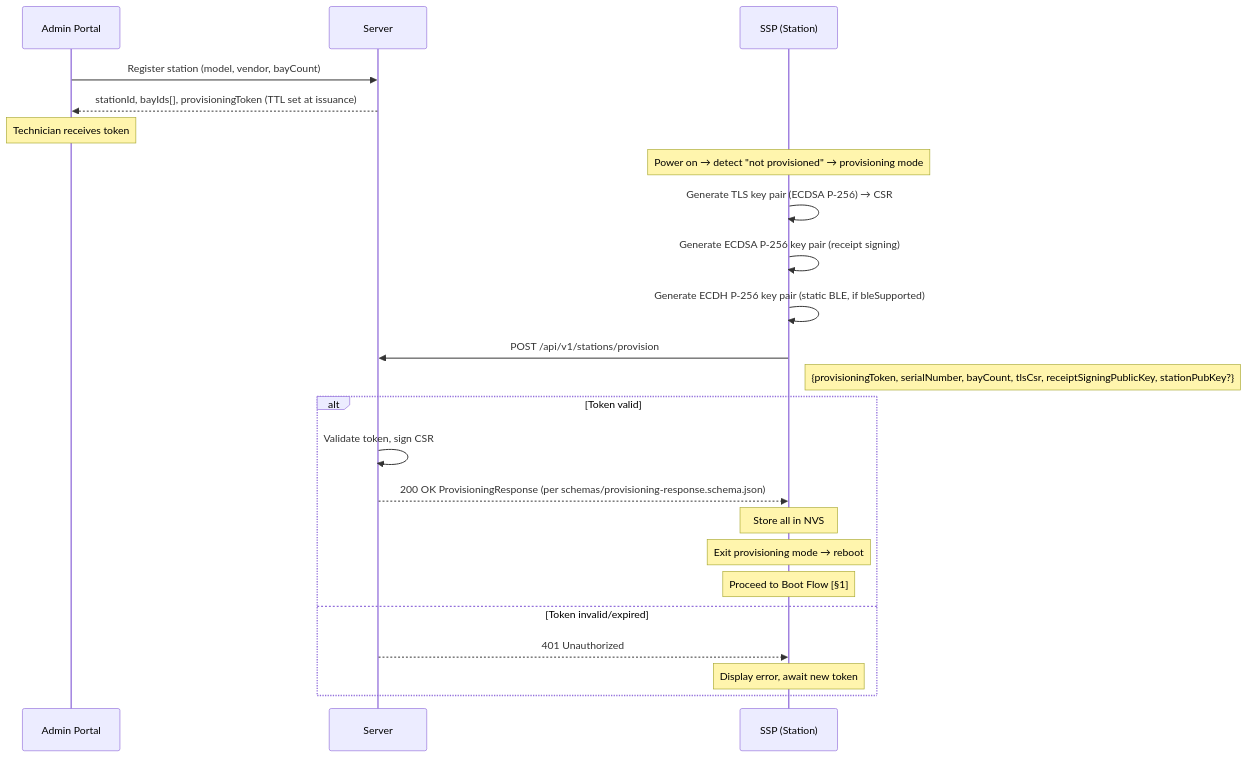
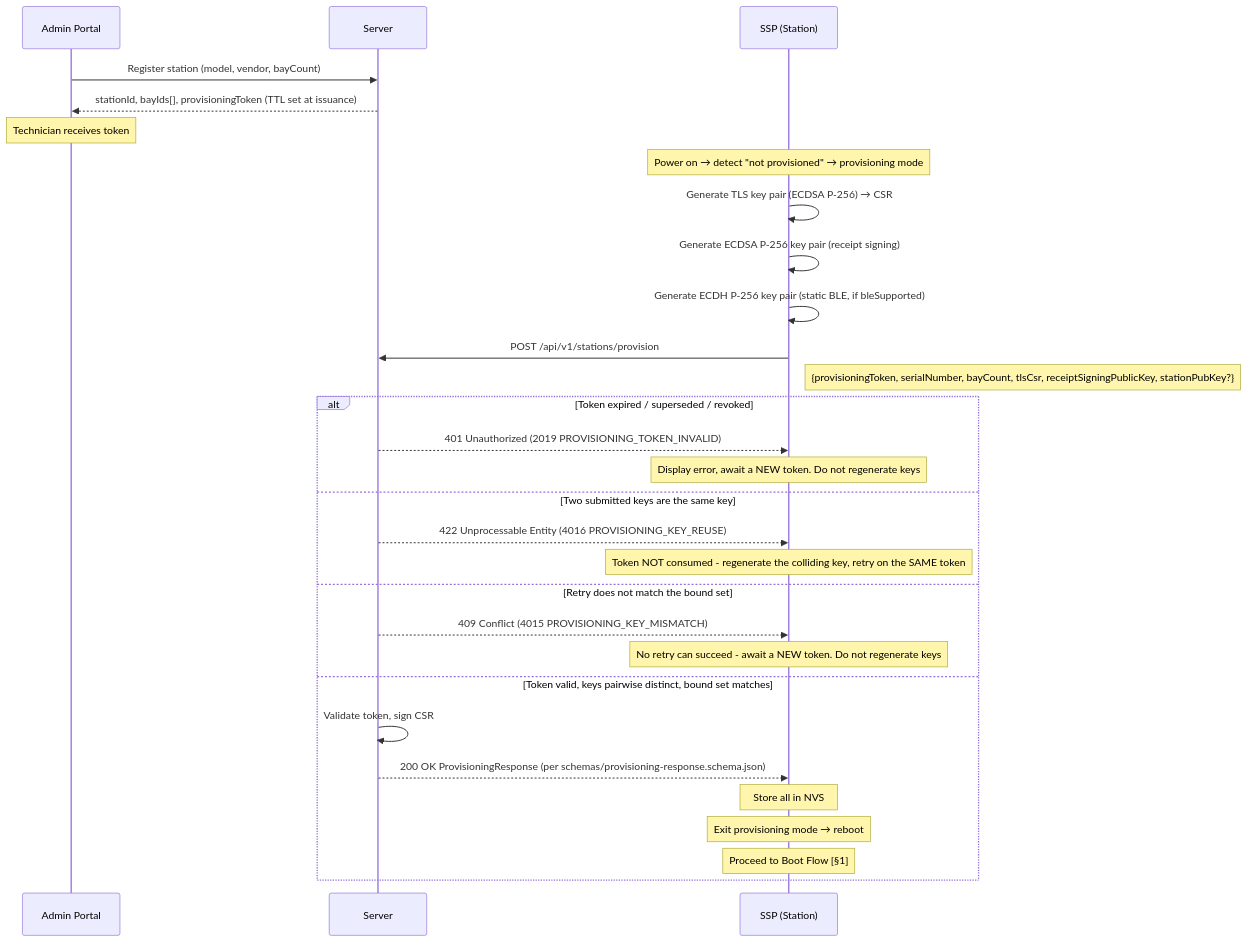
Before and after one commit to ospp-org/spec: the second of 19 diagrams in spec/04-flows.md, drawn with Mermaid. The commit also changed other lines of this file, not shown here.

Commit message:
spec(A11b): 4016 was absent from Flows §2 entirely
grep -c 4016 spec/04-flows.md returned 0. The Error Paths table had no 422
row, and the sequence diagram offered exactly two outcomes — "Token valid"
and "Token invalid/expired" — so the chapter that owns the provisioning
flow never showed two of its four documented failure modes. 07-errors.md:449
lists the endpoint as 400/401/409/422 with 2019/4010/4015/4016.

Added the 422 / 4016 row, including the part a station most needs: the
token is NOT consumed, so it retries on the same token.

Both the table's coded rows and the diagram's branches now run in
precedence order (2019 -> 4016 -> 4015) to match ec6ac9b, which is why the
400 row moved below 409 — it is uncoded and not part of that ordering.

The diagram gains three failure branches and names the codes; the success
branch is now conditioned on all three checks passing rather than on the
token alone.

````diff
--- a/spec/04-flows.md
+++ b/spec/04-flows.md
@@ -198,30 +198,36 @@
 ```mermaid
 sequenceDiagram
     participant Admin as Admin Portal
     participant Server
     participant SSP as SSP (Station)
 
     Admin->>Server: Register station (model, vendor, bayCount)
     Server-->>Admin: stationId, bayIds[], provisioningToken (TTL set at issuance)
     Note over Admin: Technician receives token
 
     Note over SSP: Power on → detect "not provisioned" → provisioning mode
 
     SSP->>SSP: Generate TLS key pair (ECDSA P-256) → CSR
     SSP->>SSP: Generate ECDSA P-256 key pair (receipt signing)
     SSP->>SSP: Generate ECDH P-256 key pair (static BLE, if bleSupported)
 
     SSP->>Server: POST /api/v1/stations/provision
     Note right of SSP: {provisioningToken, serialNumber, bayCount, tlsCsr, receiptSigningPublicKey, stationPubKey?}
 
-    alt Token valid
+    alt Token expired / superseded / revoked
+        Server-->>SSP: 401 Unauthorized (2019 PROVISIONING_TOKEN_INVALID)
+        Note over SSP: Display error, await a NEW token. Do not regenerate keys
+    else Two submitted keys are the same key
+        Server-->>SSP: 422 Unprocessable Entity (4016 PROVISIONING_KEY_REUSE)
+        Note over SSP: Token NOT consumed - regenerate the colliding key, retry on the SAME token
+    else Retry does not match the bound set
+        Server-->>SSP: 409 Conflict (4015 PROVISIONING_KEY_MISMATCH)
+        Note over SSP: No retry can succeed - await a NEW token. Do not regenerate keys
+    else Token valid, keys pairwise distinct, bound set matches
         Server->>Server: Validate token, sign CSR
         Server-->>SSP: 200 OK ProvisioningResponse (per schemas/provisioning-response.schema.json)
         Note over SSP: Store all in NVS
         Note over SSP: Exit provisioning mode → reboot
         Note over SSP: Proceed to Boot Flow [§1]
-    else Token invalid/expired
-        Server-->>SSP: 401 Unauthorized
-        Note over SSP: Display error, await new token
     end
 ```
````
